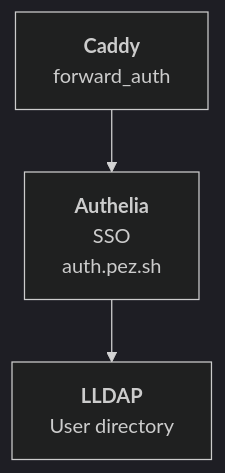
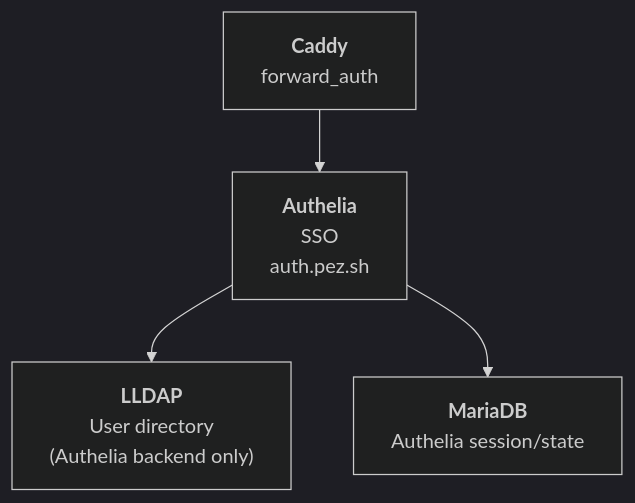
The third of 3 diagrams in docs/architecture.md (RWejlgaard/pez-infra), drawn with Mermaid (dark theme) before and after one commit. The commit also changed other lines of this file and 15 other files, not shown here.

````diff
--- a/docs/architecture.md
+++ b/docs/architecture.md
@@ -60,5 +63,6 @@
 ```mermaid
 graph TD
     Caddy["<b>Caddy</b><br/>forward_auth"] --> Authelia["<b>Authelia</b><br/>SSO<br/>auth.pez.sh"]
-    Authelia --> LLDAP["<b>LLDAP</b><br/>User directory"]
+    Authelia --> LLDAP["<b>LLDAP</b><br/>User directory<br/>(Authelia backend only)"]
+    Authelia --> MariaDB["<b>MariaDB</b><br/>Authelia session/state"]
 ```
````
